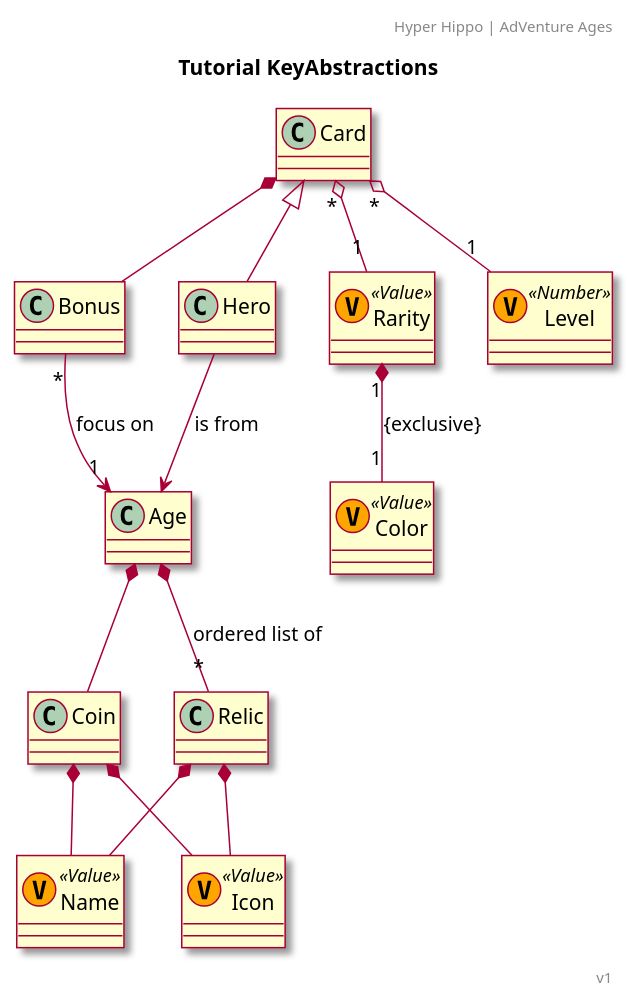
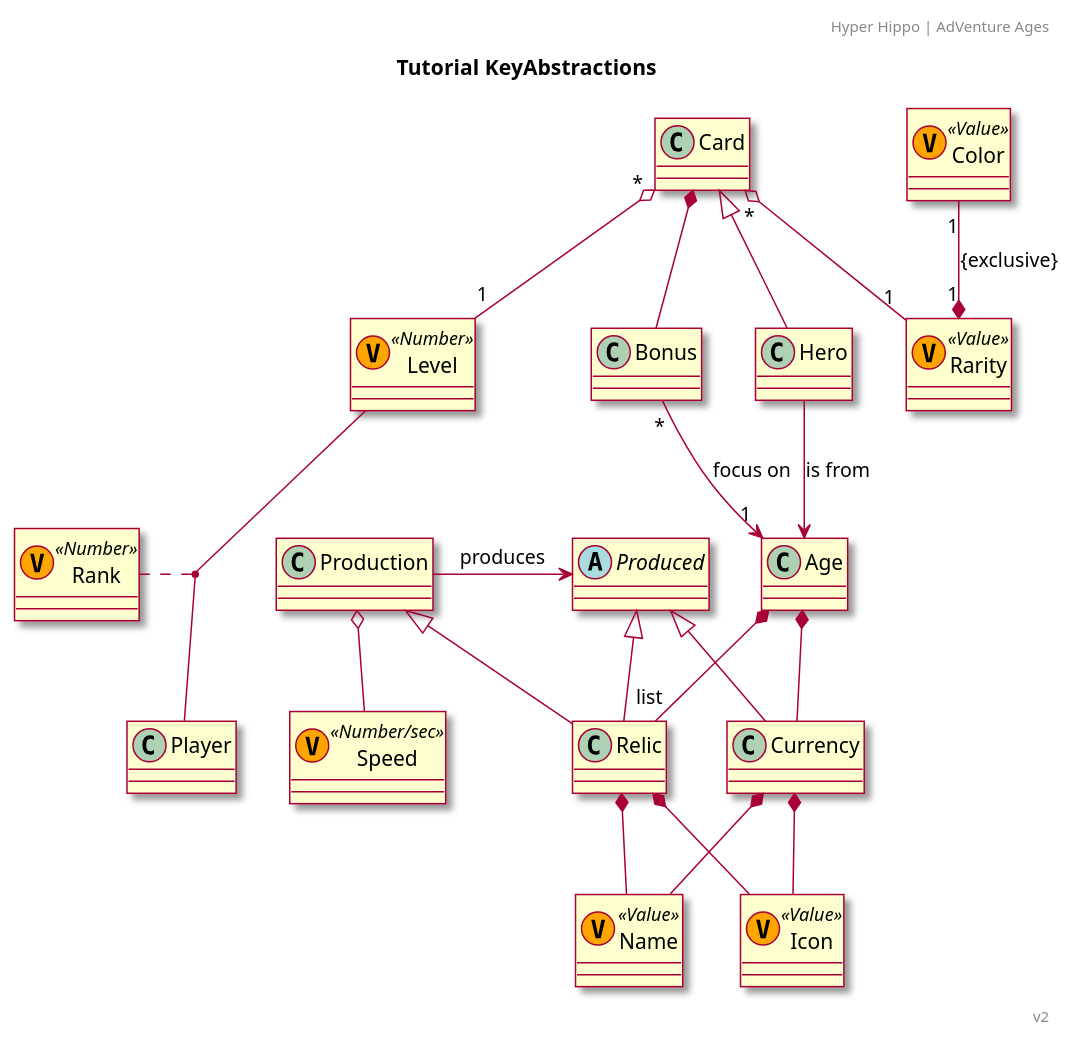
One commit to RicardoGuzmanVelasco/DomainModelling changed the diagram in Mobile Games/Adventure Ages/Classes.puml. Above: the diagram before and after it, drawn with PlantUML.

Commit message:
AdVenture Ages | Key abstractions

```diff
--- a/Mobile Games/Adventure Ages/Classes.puml
+++ b/Mobile Games/Adventure Ages/Classes.puml
@@ -10,33 +10,53 @@
 class Name <<(V, orange) Value>>
 class Icon <<(V, orange) Value>>
 
-class Coin
+class Currency
 class Age
 
 class Hero
 class Card
+
         class Rarity <<(V, orange) Value>>
         class Color <<(V, orange) Value>>
     class Level <<(V, orange) Number>>
     class Bonus
 
-Coin *-- Name
-Coin *-- Icon
+class Relic
+class Production
+class Speed <<(V, orange) Number/sec>>
+abstract class Produced
 
-Age *-- Coin
+class Player
+class Rank <<(V, orange) Number>>
+'''''''''''''''
+
+Currency *-- Name
+Currency *-- Icon
+
+Age *-- Currency
 
 Hero -u-|> Card
 Hero --> Age : is from
 Card "*" o-- "1" Rarity
-Rarity "1" *-- "1" Color : {exclusive}
+Rarity "1" *-u- "1" Color : {exclusive}
 Card "*" o-- "1" Level
 Card *-- Bonus
 
 Bonus "*" --> "1" Age : focus on
-Age *-- "*" Relic : ordered list of
+Age *-- "list" Relic
 
 Relic *-- Name
 Relic *-- Icon
+
+Rank .. (Level, Player)
+'Level -l- Player #transparent 
+
+Relic -u-|> Production
+Production o-- Speed
+Production -> Produced : produces
+
+Currency -u-|> Produced
+Relic -u-|> Produced
 
 '''''''''''''''
 'title Narrative
@@ -181,5 +201,5 @@
 ' [ ] as of rank 4, 2 concurrent missions
 
 '''''''''''''''
-right footer v1
+right footer v2
 @enduml
```
